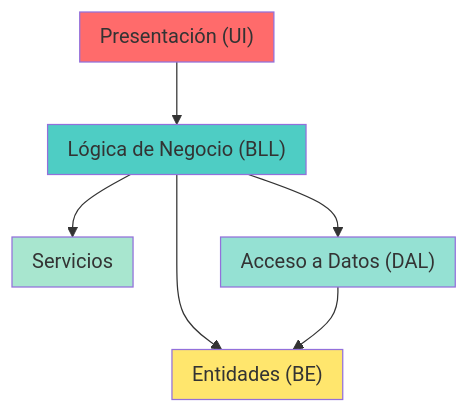
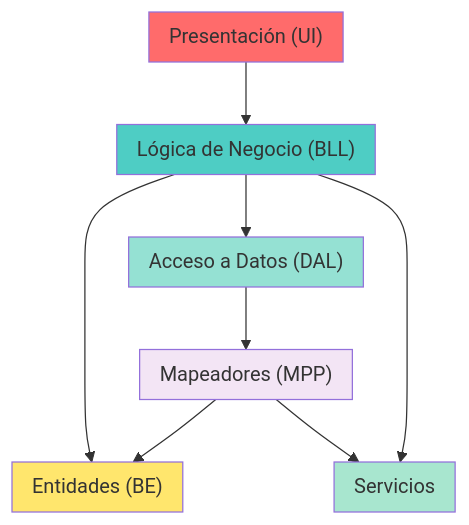
One commit to condenl/Trabajo-Practico-Final changed the third of 16 diagrams in Documentacion/Carpeta_Documentacion.md. Above: the diagram before and after it, drawn with Mermaid. The commit also changed other lines of this file, not shown here.

````diff
--- a/Documentacion/Carpeta_Documentacion.md
+++ b/Documentacion/Carpeta_Documentacion.md
@@ -736,29 +719,35 @@
 ```mermaid
 graph TD
     subgraph UI ["Presentación (UI)"]
     end
 
     subgraph BLL ["Lógica de Negocio (BLL)"]
     end
 
     subgraph BE ["Entidades (BE)"]
     end
 
     subgraph DAL ["Acceso a Datos (DAL)"]
     end
 
+    subgraph MPP ["Mapeadores (MPP)"]
+    end
+
     subgraph Servicios ["Servicios"]
     end
 
     UI --> BLL
     BLL --> DAL
     BLL --> BE
-    DAL --> BE
+    DAL --> MPP
+    MPP --> BE
+    MPP --> Servicios
     BLL --> Servicios
     
     style UI fill:#FF6B6B
     style BLL fill:#4ECDC4
     style DAL fill:#95E1D3
+    style MPP fill:#f3e5f5
     style BE fill:#FFE66D
     style Servicios fill:#A8E6CF
 ```
````
